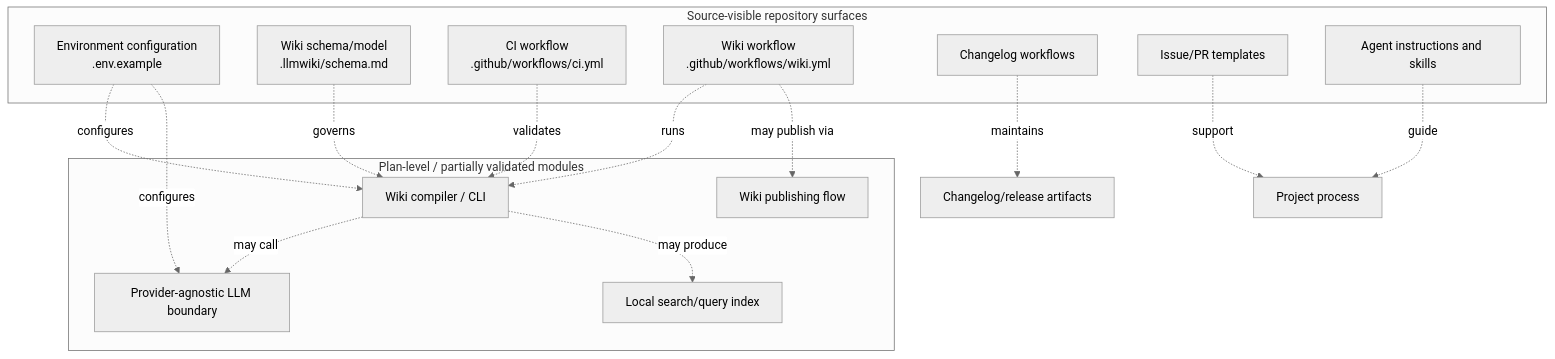
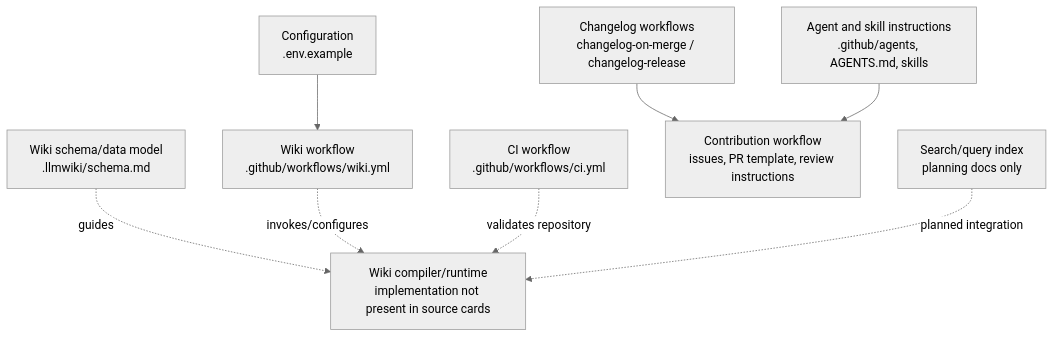
Before and after one commit to mfittko/repo-wiki: the second of 4 diagrams in Architecture.md, drawn with Mermaid (neutral theme). The commit also changed other lines of this file and 43 other files, not shown here.

Commit message:
Compile repository wiki 2026-05-14T14:58:28.235Z

````diff
--- a/Architecture.md
+++ b/Architecture.md
@@ -173,31 +123,20 @@
 ```mermaid
-flowchart TB
-  subgraph SourceVisible["Source-visible repository surfaces"]
-    Env["Environment configuration<br/>.env.example"]
-    Schema["Wiki schema/model<br/>.llmwiki/schema.md"]
+flowchart TD
+    Config["Configuration<br/>.env.example"]
+    Schema["Wiki schema/data model<br/>.llmwiki/schema.md"]
+    WikiWorkflow["Wiki workflow<br/>.github/workflows/wiki.yml"]
     CI["CI workflow<br/>.github/workflows/ci.yml"]
-    WikiWF["Wiki workflow<br/>.github/workflows/wiki.yml"]
-    ChangelogWF["Changelog workflows"]
-    Templates["Issue/PR templates"]
-    Agents["Agent instructions and skills"]
-  end
+    Changelog["Changelog workflows<br/>changelog-on-merge / changelog-release"]
+    Contribution["Contribution workflow<br/>issues, PR template, review instructions"]
+    Agents["Agent and skill instructions<br/>.github/agents, AGENTS.md, skills"]
+    Compiler["Wiki compiler/runtime<br/>implementation not present in source cards"]
+    Search["Search/query index<br/>planning docs only"]
 
-  subgraph PlanLevel["Plan-level / partially validated modules"]
-    Compiler["Wiki compiler / CLI"]
-    LLMBoundary["Provider-agnostic LLM boundary"]
-    Search["Local search/query index"]
-    Publish["Wiki publishing flow"]
-  end
-
-  Env -.configures.-> Compiler
-  Env -.configures.-> LLMBoundary
-  Schema -.governs.-> Compiler
-  WikiWF -.runs.-> Compiler
-  WikiWF -.may publish via.-> Publish
-  CI -.validates.-> Compiler
-  Compiler -.may call.-> LLMBoundary
-  Compiler -.may produce.-> Search
-  ChangelogWF -.maintains.-> Changelog["Changelog/release artifacts"]
-  Templates -.support.-> Process["Project process"]
-  Agents -.guide.-> Process
+    Config --> WikiWorkflow
+    Schema -. guides .-> Compiler
+    WikiWorkflow -. invokes/configures .-> Compiler
+    CI -. validates repository .-> Compiler
+    Changelog --> Contribution
+    Agents --> Contribution
+    Search -. planned integration .-> Compiler
 ```
````
